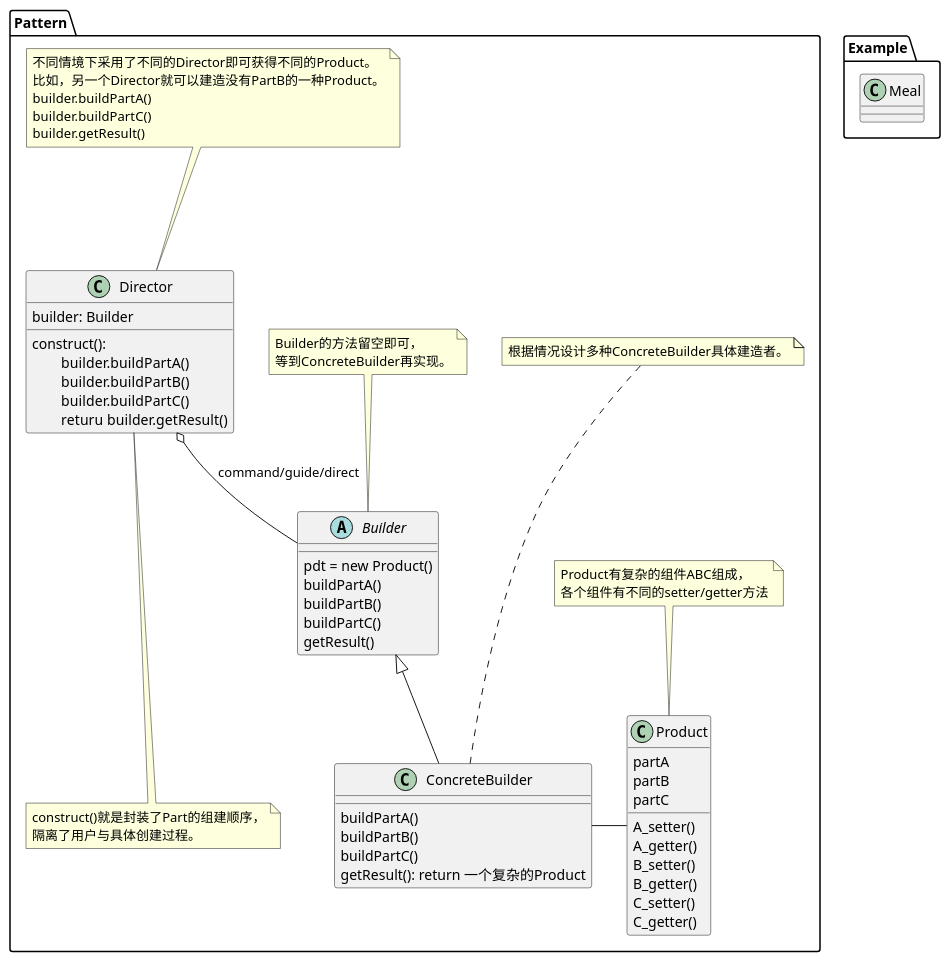
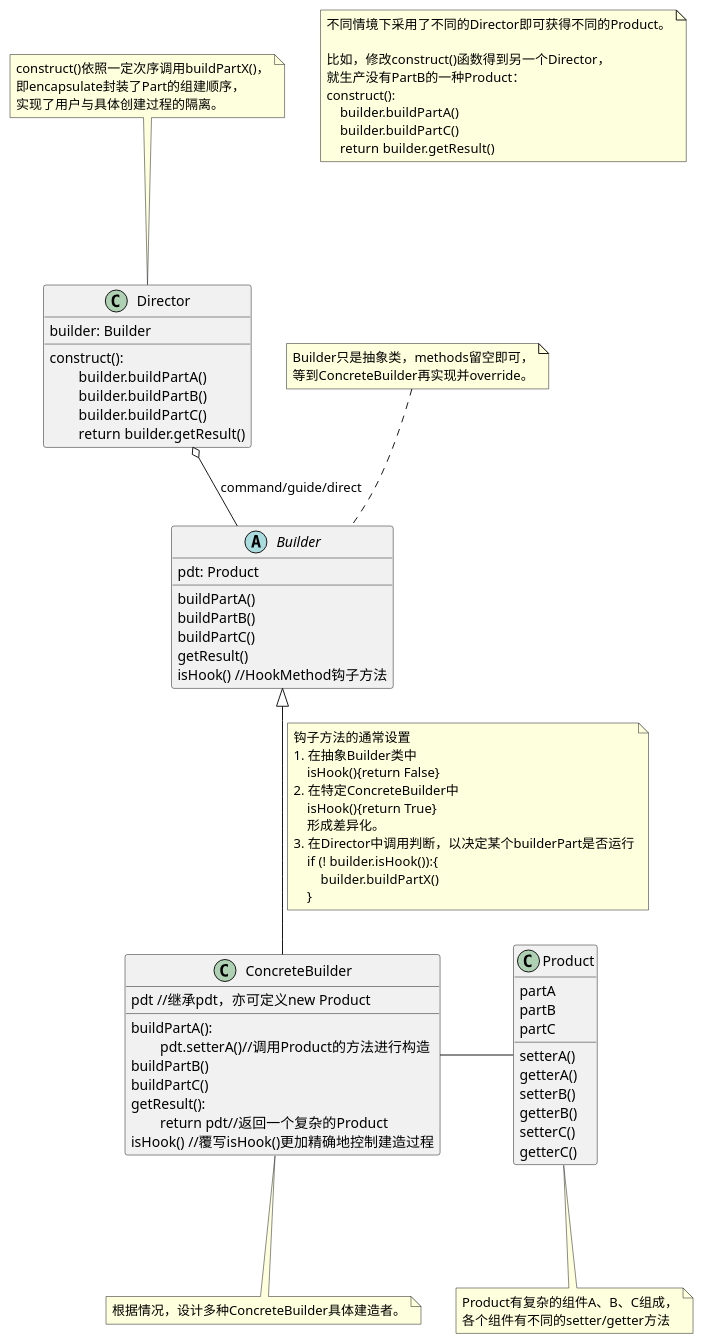
The diagram in Notes & Diagrams/BuilderPattern.puml (YidongQIN/PyBMS_BrIM), drawn with PlantUML before and after one commit.

Commit message:
diagrams Builder Pattern

```diff
--- a/Notes & Diagrams/BuilderPattern.puml
+++ b/Notes & Diagrams/BuilderPattern.puml
@@ -1,89 +1,105 @@
 @startuml
 
-package Pattern{
+skinparam shadowing false
+' skinparam monochrome true
 
-    note as N1
-        不同情境下采用了不同的Director即可获得不同的Product。
-        比如，另一个Director就可以建造没有PartB的一种Product。
+note as N1
+    不同情境下采用了不同的Director即可获得不同的Product。
+
+    比如，修改construct()函数得到另一个Director，
+    就生产没有PartB的一种Product：
+    construct():
         builder.buildPartA()
         builder.buildPartC()
-        builder.getResult()
-    end note
+        return builder.getResult()
+end note
 
-    class Director{
-        builder: Builder
-        construct():
-        \tbuilder.buildPartA()
-        \tbuilder.buildPartB()
-        \tbuilder.buildPartC()
-        \treturu builder.getResult()
+class Director{
+    builder: Builder
+    construct():
+    \tbuilder.buildPartA()
+    \tbuilder.buildPartB()
+    \tbuilder.buildPartC()
+    \treturn builder.getResult()
 
-    }
-
-    note as N2
-        construct()就是封装了Part的组建顺序，
-        隔离了用户与具体创建过程。
-    end note
-
-    N1 ... Director
-    Director ... N2
-
-    Director o-- Builder: command/guide/direct
-
-    abstract class Builder{
-        pdt = new Product()
-        buildPartA()
-        buildPartB()
-        buildPartC()
-        getResult()
-    }
-
-    note as N_B
-        Builder的方法留空即可，
-        等到ConcreteBuilder再实现。
-    end note
-
-    N_B .. Builder
-
-    Builder <|-- ConcreteBuilder
-
-    class ConcreteBuilder{
-        buildPartA()
-        buildPartB()
-        buildPartC()
-        getResult(): return 一个复杂的Product
-    }
-
-    note as N_CB
-        根据情况设计多种ConcreteBuilder具体建造者。
-    end note
-
-    N_CB ... ConcreteBuilder
-
-    ConcreteBuilder - Product
-
-    class Product{
-        partA
-        partB
-        partC
-        A_setter()
-        A_getter()
-        B_setter()
-        B_getter()
-        C_setter()
-        C_getter()
-    }
-
-    note as N_P
-        Product有复杂的组件ABC组成，
-        各个组件有不同的setter/getter方法
-    end note
-
-    N_P .. Product
 }
 
-package Example{
-    class Meal
+note as N_Dc
+    construct()依照一定次序调用buildPartX()，
+    即encapsulate封装了Part的组建顺序，
+    实现了用户与具体创建过程的隔离。
+end note
+
+' N1 ... Director
+N_Dc ... Director
+
+Director o-- Builder: command/guide/direct
+
+abstract class Builder{
+    pdt: Product
+    buildPartA()
+    buildPartB()
+    buildPartC()
+    getResult()
+    isHook() //HookMethod钩子方法
 }
 
+note as N_B
+    Builder只是抽象类，methods留空即可，
+    等到ConcreteBuilder再实现并override。
+end note
+
+N_B .. Builder
+
+Builder <|-- ConcreteBuilder
+
+note on link
+    钩子方法的通常设置
+    1. 在抽象Builder类中
+        isHook(){return False}
+    2. 在特定ConcreteBuilder中
+        isHook(){return True}
+        形成差异化。
+    3. 在Director中调用判断，以决定某个builderPart是否运行
+        if (! builder.isHook()):{
+            builder.buildPartX()
+        }
+end note
+
+class ConcreteBuilder{
+    pdt //继承pdt，亦可定义new Product
+    buildPartA():\n\tpdt.setterA()//调用Product的方法进行构造
+    buildPartB()
+    buildPartC()
+    getResult():\n\treturn pdt//返回一个复杂的Product
+    isHook() //覆写isHook()更加精确地控制建造过程
+}
+
+note as N_CB
+    根据情况，设计多种ConcreteBuilder具体建造者。
+end note
+
+ConcreteBuilder ... N_CB
+
+ConcreteBuilder - Product
+
+class Product{
+    partA
+    partB
+    partC
+    setterA()
+    getterA()
+    setterB()
+    getterB()
+    setterC()
+    getterC()
+}
+
+note as N_P
+    Product有复杂的组件A、B、C组成，
+    各个组件有不同的setter/getter方法
+end note
+
+Product ... N_P
+
 @enduml
```
